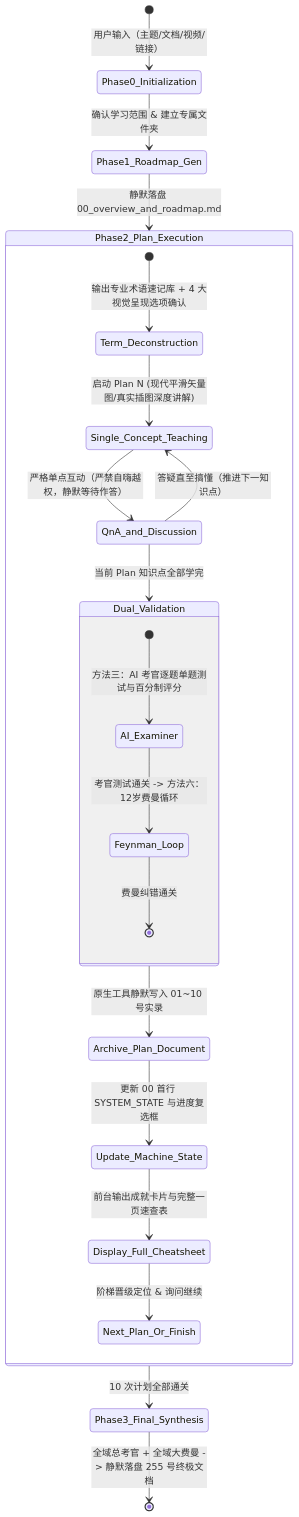
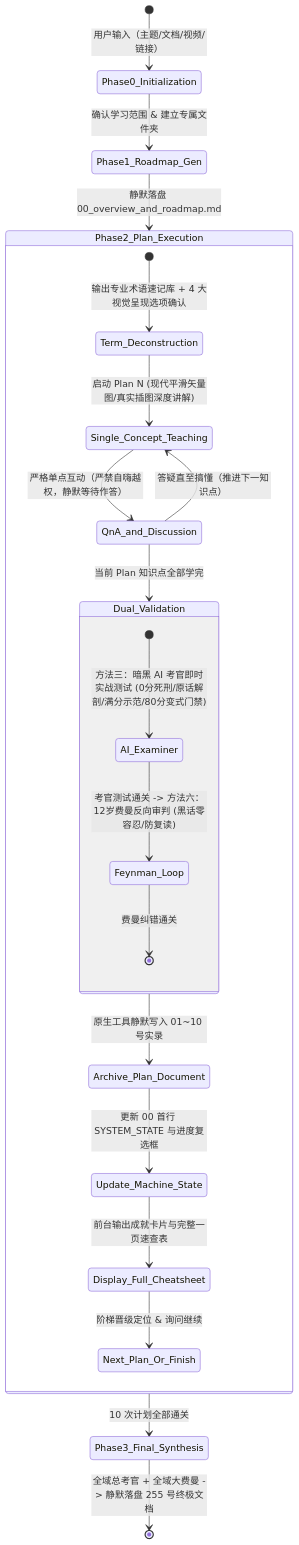
One commit to lowellran/Study_via_AI changed the diagram in README.md. Above: the diagram before and after it, drawn with Mermaid. The commit also changed other lines of this file and 2 other files, not shown here.

Commit message:
feat: release v0.1.4 - Dark Hardcore AI Examiner (Zero AI Sycophancy, 0-point execution, surgical quote critique, master-level 3-dimensional solutions, anti-parrot Feynman review)

````diff
--- a/README.md
+++ b/README.md
@@ -103,28 +103,28 @@
 ```mermaid
 stateDiagram-v2
     [*] --> Phase0_Initialization: 用户输入（主题/文档/视频/链接）
     Phase0_Initialization --> Phase1_Roadmap_Gen: 确认学习范围 & 建立专属文件夹
     Phase1_Roadmap_Gen --> Phase2_Plan_Execution: 静默落盘 00_overview_and_roadmap.md
     
     state Phase2_Plan_Execution {
         [*] --> Term_Deconstruction: 输出专业术语速记库 + 4 大视觉呈现选项确认
         Term_Deconstruction --> Single_Concept_Teaching: 启动 Plan N (现代平滑矢量图/真实插图深度讲解)
         Single_Concept_Teaching --> QnA_and_Discussion: 严格单点互动（严禁自嗨越权，静默等待作答）
         QnA_and_Discussion --> Single_Concept_Teaching: 答疑直至搞懂（推进下一知识点）
         QnA_and_Discussion --> Dual_Validation: 当前 Plan 知识点全部学完
         
         state Dual_Validation {
-            [*] --> AI_Examiner: 方法三：AI 考官逐题单题测试与百分制评分
-            AI_Examiner --> Feynman_Loop: 考官测试通关 -> 方法六：12岁费曼循环
+            [*] --> AI_Examiner: 方法三：暗黑 AI 考官即时实战测试 (0分死刑/原话解剖/满分示范/80分变式门禁)
+            AI_Examiner --> Feynman_Loop: 考官测试通关 -> 方法六：12岁费曼反向审判 (黑话零容忍/防复读)
             Feynman_Loop --> [*]: 费曼纠错通关
         }
         
         Dual_Validation --> Archive_Plan_Document: 原生工具静默写入 01~10 号实录
         Archive_Plan_Document --> Update_Machine_State: 更新 00 首行 SYSTEM_STATE 与进度复选框
         Update_Machine_State --> Display_Full_Cheatsheet: 前台输出成就卡片与完整一页速查表
         Display_Full_Cheatsheet --> Next_Plan_Or_Finish: 阶梯晋级定位 & 询问继续
     }
     
     Phase2_Plan_Execution --> Phase3_Final_Synthesis: 10 次计划全部通关
     Phase3_Final_Synthesis --> [*]: 全域总考官 + 全域大费曼 -> 静默落盘 255 号终极文档
 ```
````
